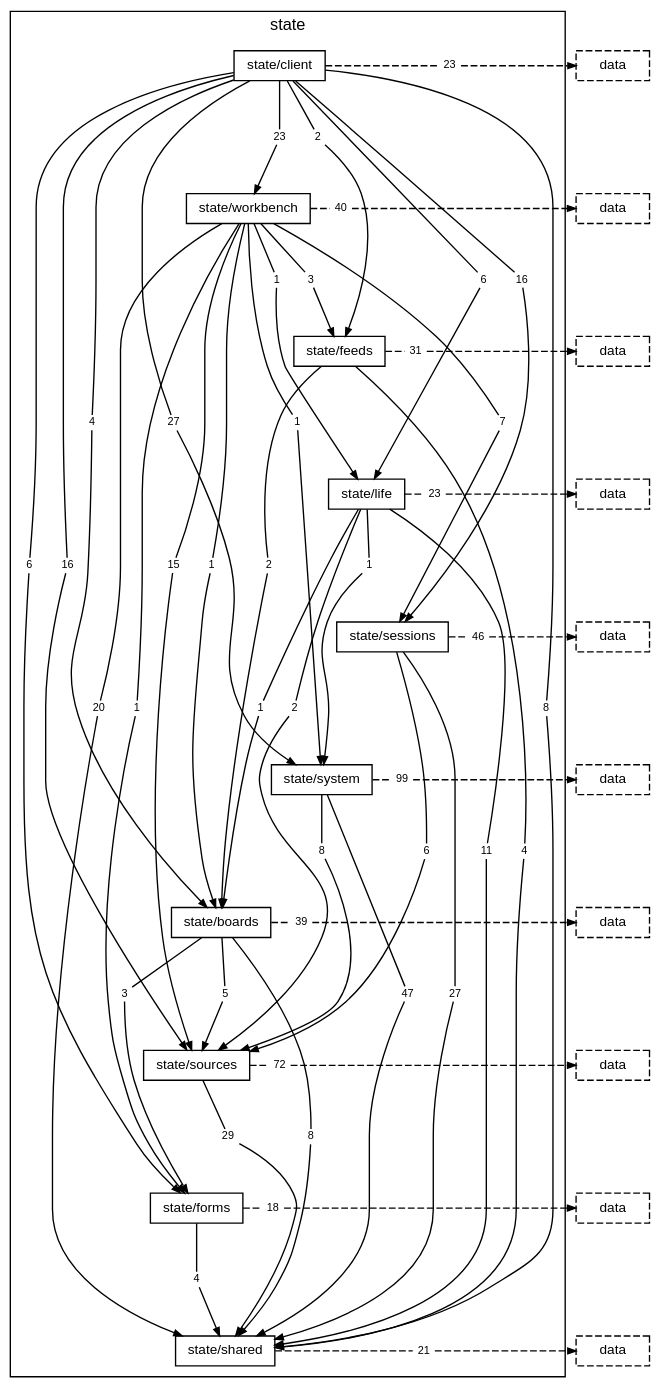
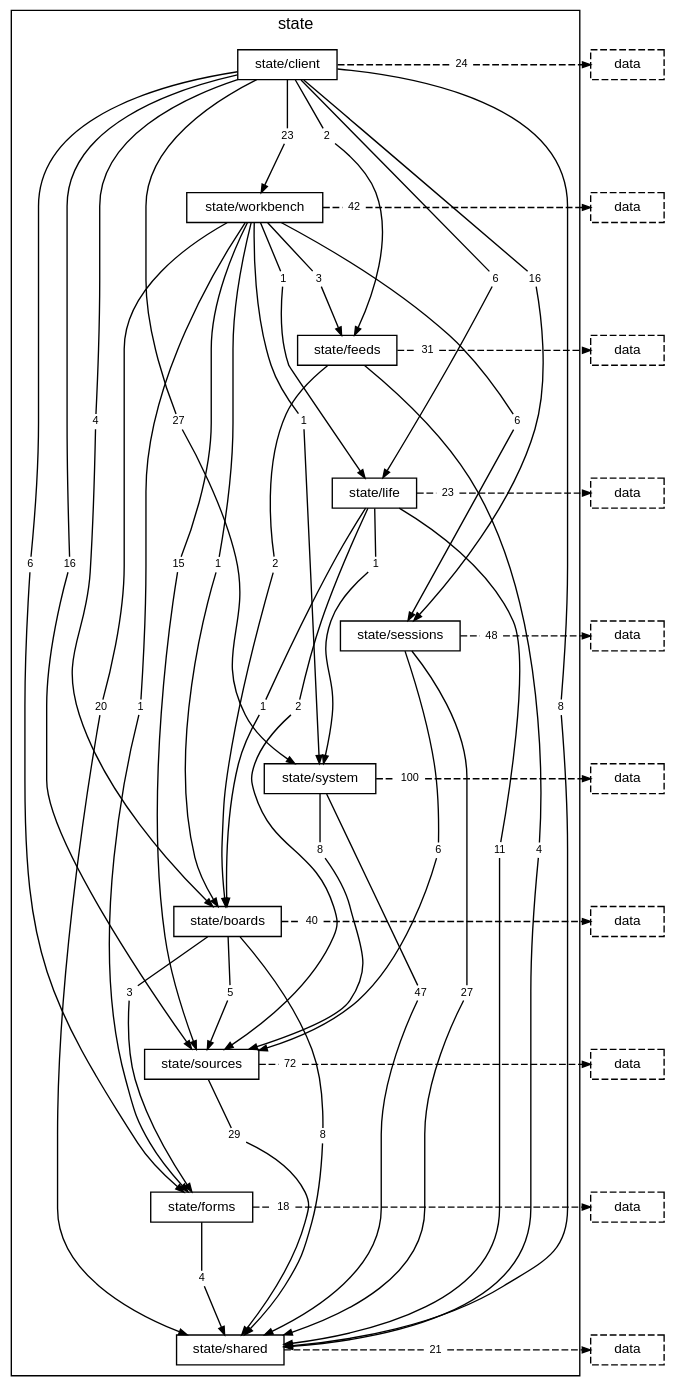
One commit to TheAxeC/oculus changed the diagram in docs/diagrams/layer-state.dot. Above: the diagram before and after it, drawn with Graphviz. The commit also changed 642 other files, not shown here.

```diff
--- a/docs/diagrams/layer-state.dot
+++ b/docs/diagrams/layer-state.dot
@@ -1,7 +1,7 @@
 digraph layer_state {
-    graph [bgcolor="transparent", rankdir=TB, newrank=true, mclimit=4, fontname="Helvetica,Arial,sans-serif", fontsize=12, nodesep=0.2, ranksep=0.5];
-    node [shape=box, color="black", fontcolor="black", fontname="Helvetica,Arial,sans-serif", fontsize=10, height=0.3, margin="0.12,0.04"];
-    edge [color="black", fontcolor="black", fontname="Helvetica,Arial,sans-serif", fontsize=8, arrowsize=0.6];
+    graph [bgcolor="transparent", rankdir=TB, newrank=true, mclimit=4, fontname="Helvetica", fontsize=12, nodesep=0.2, ranksep=0.5];
+    node [shape=box, color="black", fontcolor="black", fontname="Helvetica", fontsize=10, height=0.3, margin="0.12,0.04"];
+    edge [color="black", fontcolor="black", fontname="Helvetica", fontsize=8, arrowsize=0.6];
     subgraph "cluster_state" {
         label="state"; style=solid;
         "folder state/client" [label="state/client"];
@@ -23,16 +23,16 @@
         "folder state/client to folder state/sources" [label="16", shape=box, color="transparent", fontsize=8, width=0, height=0, margin="0.04,0.02"];
         "folder state/client to folder state/system" [label="27", shape=box, color="transparent", fontsize=8, width=0, height=0, margin="0.04,0.02"];
         "folder state/client to folder state/workbench" [label="23", shape=box, color="transparent", fontsize=8, width=0, height=0, margin="0.04,0.02"];
-        "folder state/client to layer data" [label="23", shape=box, color="transparent", fontsize=8, width=0, height=0, margin="0.04,0.02"];
+        "folder state/client to layer data" [label="24", shape=box, color="transparent", fontsize=8, width=0, height=0, margin="0.04,0.02"];
         "folder state/workbench to folder state/boards" [label="1", shape=box, color="transparent", fontsize=8, width=0, height=0, margin="0.04,0.02"];
         "folder state/workbench to folder state/feeds" [label="3", shape=box, color="transparent", fontsize=8, width=0, height=0, margin="0.04,0.02"];
         "folder state/workbench to folder state/forms" [label="1", shape=box, color="transparent", fontsize=8, width=0, height=0, margin="0.04,0.02"];
         "folder state/workbench to folder state/life" [label="1", shape=box, color="transparent", fontsize=8, width=0, height=0, margin="0.04,0.02"];
-        "folder state/workbench to folder state/sessions" [label="7", shape=box, color="transparent", fontsize=8, width=0, height=0, margin="0.04,0.02"];
+        "folder state/workbench to folder state/sessions" [label="6", shape=box, color="transparent", fontsize=8, width=0, height=0, margin="0.04,0.02"];
         "folder state/workbench to folder state/shared" [label="20", shape=box, color="transparent", fontsize=8, width=0, height=0, margin="0.04,0.02"];
         "folder state/workbench to folder state/sources" [label="15", shape=box, color="transparent", fontsize=8, width=0, height=0, margin="0.04,0.02"];
         "folder state/workbench to folder state/system" [label="1", shape=box, color="transparent", fontsize=8, width=0, height=0, margin="0.04,0.02"];
-        "folder state/workbench to layer data" [label="40", shape=box, color="transparent", fontsize=8, width=0, height=0, margin="0.04,0.02"];
+        "folder state/workbench to layer data" [label="42", shape=box, color="transparent", fontsize=8, width=0, height=0, margin="0.04,0.02"];
         "folder state/feeds to folder state/boards" [label="2", shape=box, color="transparent", fontsize=8, width=0, height=0, margin="0.04,0.02"];
         "folder state/feeds to folder state/shared" [label="4", shape=box, color="transparent", fontsize=8, width=0, height=0, margin="0.04,0.02"];
         "folder state/feeds to layer data" [label="31", shape=box, color="transparent", fontsize=8, width=0, height=0, margin="0.04,0.02"];
@@ -43,14 +43,14 @@
         "folder state/life to layer data" [label="23", shape=box, color="transparent", fontsize=8, width=0, height=0, margin="0.04,0.02"];
         "folder state/sessions to folder state/shared" [label="27", shape=box, color="transparent", fontsize=8, width=0, height=0, margin="0.04,0.02"];
         "folder state/sessions to folder state/sources" [label="6", shape=box, color="transparent", fontsize=8, width=0, height=0, margin="0.04,0.02"];
-        "folder state/sessions to layer data" [label="46", shape=box, color="transparent", fontsize=8, width=0, height=0, margin="0.04,0.02"];
+        "folder state/sessions to layer data" [label="48", shape=box, color="transparent", fontsize=8, width=0, height=0, margin="0.04,0.02"];
         "folder state/system to folder state/shared" [label="47", shape=box, color="transparent", fontsize=8, width=0, height=0, margin="0.04,0.02"];
         "folder state/system to folder state/sources" [label="8", shape=box, color="transparent", fontsize=8, width=0, height=0, margin="0.04,0.02"];
-        "folder state/system to layer data" [label="99", shape=box, color="transparent", fontsize=8, width=0, height=0, margin="0.04,0.02"];
+        "folder state/system to layer data" [label="100", shape=box, color="transparent", fontsize=8, width=0, height=0, margin="0.04,0.02"];
         "folder state/boards to folder state/forms" [label="3", shape=box, color="transparent", fontsize=8, width=0, height=0, margin="0.04,0.02"];
         "folder state/boards to folder state/shared" [label="8", shape=box, color="transparent", fontsize=8, width=0, height=0, margin="0.04,0.02"];
         "folder state/boards to folder state/sources" [label="5", shape=box, color="transparent", fontsize=8, width=0, height=0, margin="0.04,0.02"];
-        "folder state/boards to layer data" [label="39", shape=box, color="transparent", fontsize=8, width=0, height=0, margin="0.04,0.02"];
+        "folder state/boards to layer data" [label="40", shape=box, color="transparent", fontsize=8, width=0, height=0, margin="0.04,0.02"];
         "folder state/sources to folder state/shared" [label="29", shape=box, color="transparent", fontsize=8, width=0, height=0, margin="0.04,0.02"];
         "folder state/sources to layer data" [label="72", shape=box, color="transparent", fontsize=8, width=0, height=0, margin="0.04,0.02"];
         "folder state/forms to folder state/shared" [label="4", shape=box, color="transparent", fontsize=8, width=0, height=0, margin="0.04,0.02"];
```
